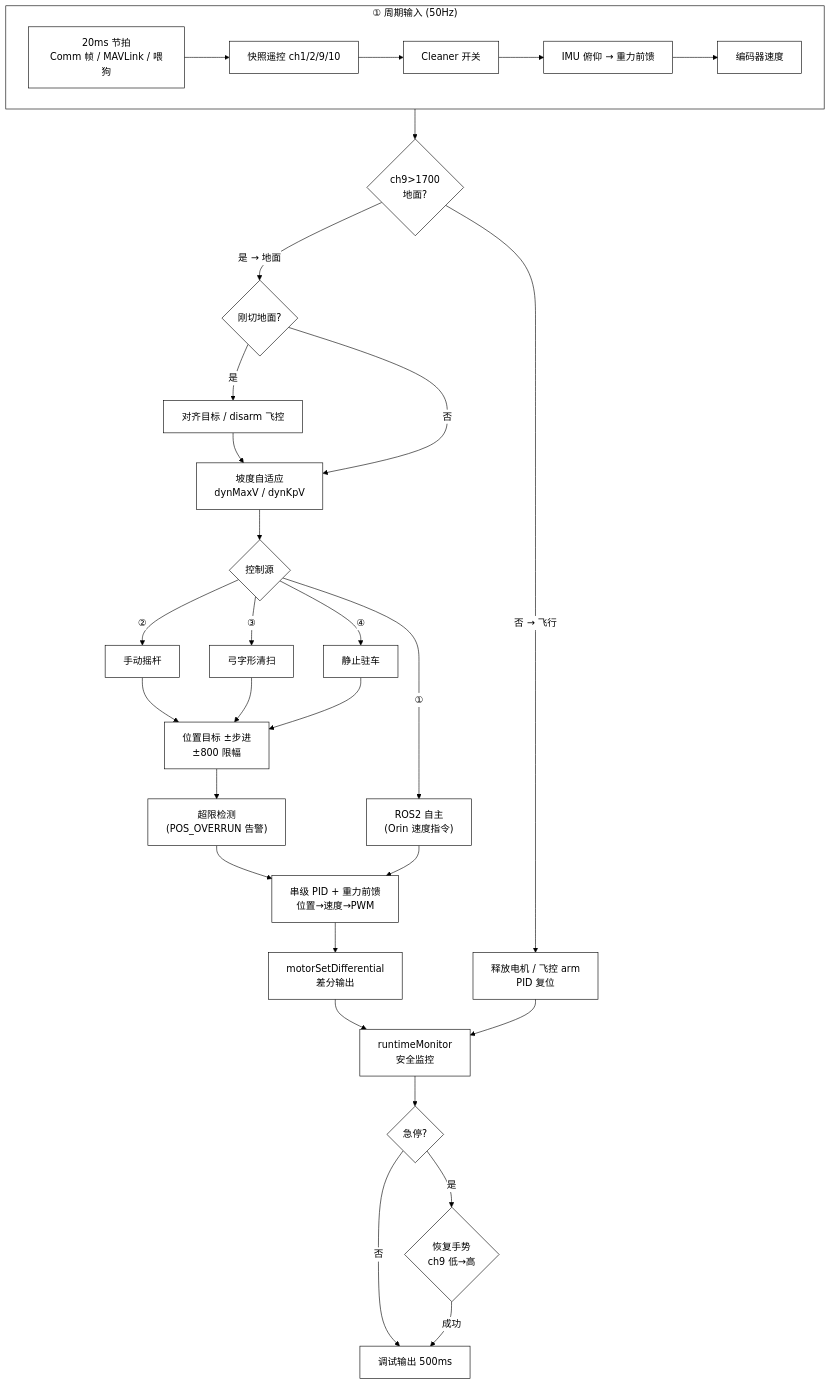
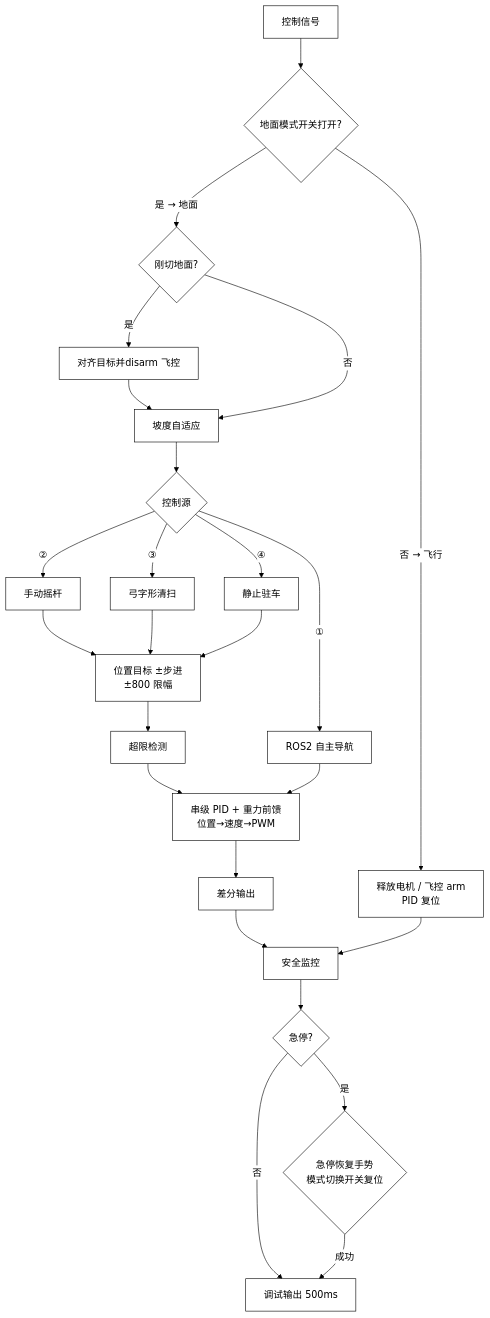
The second of 3 diagrams in docs/控制架构图.md (jounshenwang/GroundAerial-robot_wheelControl), drawn with Mermaid before and after one commit. The commit also changed other lines of this file and 4 other files, not shown here.

````diff
--- a/docs/控制架构图.md
+++ b/docs/控制架构图.md
@@ -79,53 +79,53 @@
 ```mermaid
 ---
 config:
   theme: base
   themeVariables:
     background: "#ffffff"
     primaryColor: "#ffffff"
     primaryTextColor: "#000000"
     primaryBorderColor: "#000000"
     secondaryColor: "#ffffff"
     tertiaryColor: "#ffffff"
     lineColor: "#000000"
     textColor: "#000000"
     clusterBkg: "#ffffff"
     clusterBorder: "#000000"
     edgeLabelBackground: "#ffffff"
     titleColor: "#000000"
     fontFamily: "Microsoft YaHei, sans-serif"
 ---
 flowchart TD
-    subgraph R1["① 周期输入 (50Hz)"]
+ 
         direction LR
-        TICK["20ms 节拍<br/>Comm 帧 / MAVLink / 喂狗"] --> SNAP["快照遥控 ch1/2/9/10"] --> CLN["Cleaner 开关"] --> IMUP["IMU 俯仰 → 重力前馈"] --> SPD["编码器速度"]
-    end
+        SPD["控制信号"]
 
-    SPD --> MODE{"ch9>1700<br/>地面?"}
+
+    SPD --> MODE{"地面模式开关打开?"}
     MODE -- "否 → 飞行" --> FLY["释放电机 / 飞控 arm<br/>PID 复位"]
     MODE -- "是 → 地面" --> T1{"刚切地面?"}
-    T1 -- 是 --> T1A["对齐目标 / disarm 飞控"]
+    T1 -- 是 --> T1A["对齐目标并disarm 飞控"]
     T1A --> SLOPE
-    T1 -- 否 --> SLOPE["坡度自适应<br/>dynMaxV / dynKpV"]
+    T1 -- 否 --> SLOPE["坡度自适应"]
 
     SLOPE --> SRC{"控制源"}
-    SRC -- ① --> ROS2["ROS2 自主<br/>(Orin 速度指令)"]
+    SRC -- ① --> ROS2["ROS2 自主导航"]
     SRC -- ② --> MAN["手动摇杆"]
     SRC -- ③ --> AUTOC["弓字形清扫"]
     SRC -- ④ --> PARK["静止驻车"]
 
     MAN --> POS["位置目标 ±步进<br/>±800 限幅"]
     AUTOC --> POS
     PARK --> POS
-    POS --> OVR["超限检测<br/>(POS_OVERRUN 告警)"]
+    POS --> OVR["超限检测"]
     OVR --> PID["串级 PID + 重力前馈<br/>位置→速度→PWM"]
     ROS2 --> PID
 
-    PID --> DIFF["motorSetDifferential<br/>差分输出"]
-    DIFF --> MON["runtimeMonitor<br/>安全监控"]
+    PID --> DIFF["差分输出"]
+    DIFF --> MON["安全监控"]
     FLY --> MON
     MON --> CHK{"急停?"}
     CHK -- 否 --> DBG["调试输出 500ms"]
-    CHK -- 是 --> REC{"恢复手势<br/>ch9 低→高"}
+    CHK -- 是 --> REC{"急停恢复手势<br/>模式切换开关复位"}
     REC -- 成功 --> DBG
 ```
````
